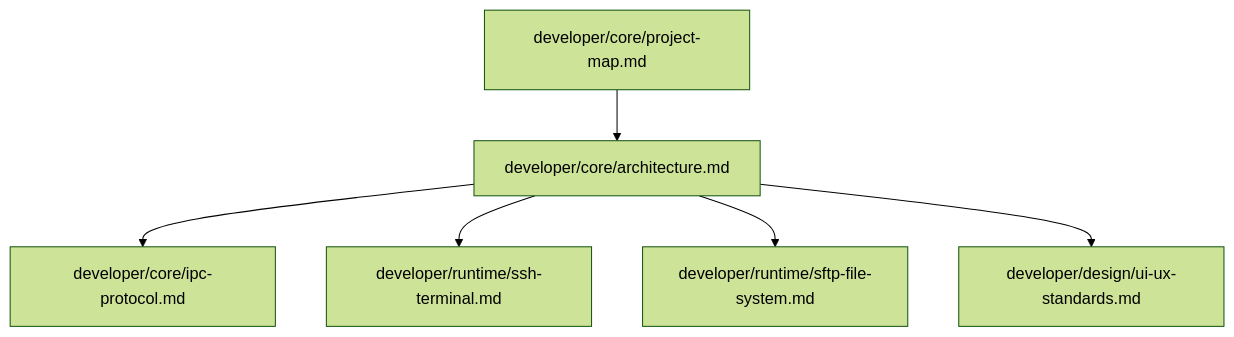
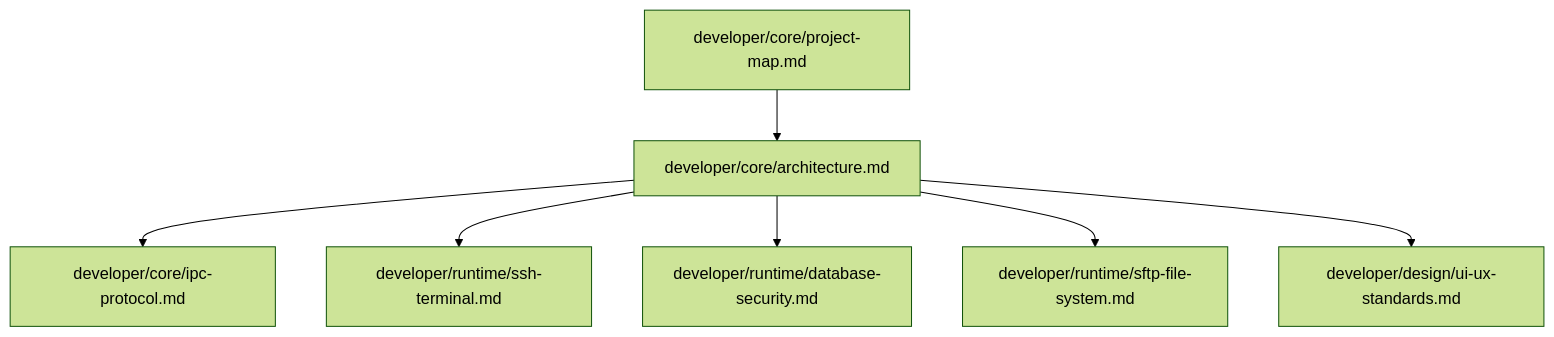
The diagram in docs/README.md (agoudbg/Cosmosh), drawn with Mermaid (forest theme) before and after one commit. The commit also changed other lines of this file and 5 other files, not shown here.

Commit message:
docs: database security

````diff
--- a/docs/README.md
+++ b/docs/README.md
@@ -36,8 +37,9 @@
 ```mermaid
 flowchart TD
   A[developer/core/project-map.md] --> B[developer/core/architecture.md]
   B --> C[developer/core/ipc-protocol.md]
   B --> D[developer/runtime/ssh-terminal.md]
-  B --> E[developer/runtime/sftp-file-system.md]
-  B --> F[developer/design/ui-ux-standards.md]
+  B --> E[developer/runtime/database-security.md]
+  B --> F[developer/runtime/sftp-file-system.md]
+  B --> G[developer/design/ui-ux-standards.md]
 ```
````
